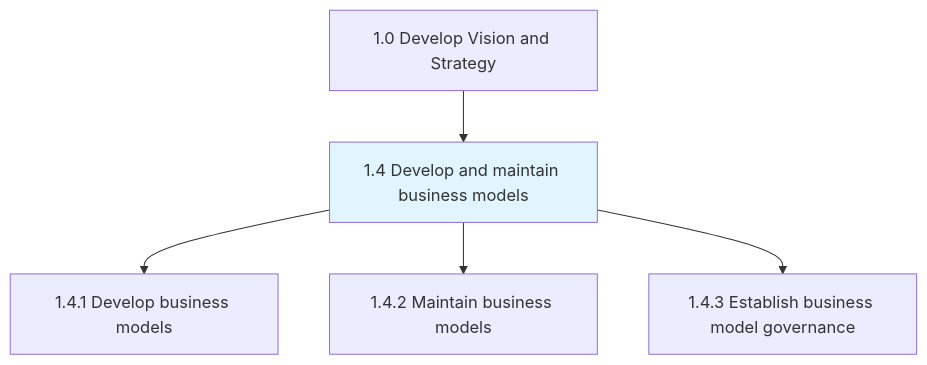
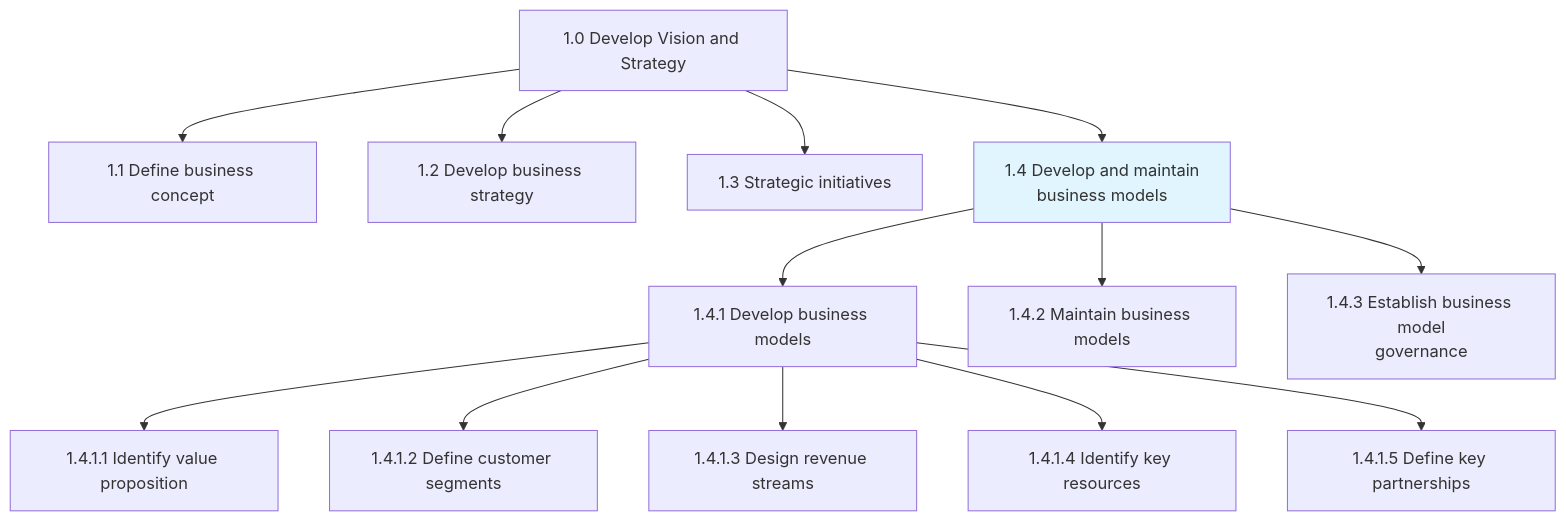
One commit to kziemski/business.org.ai changed the first of 3 diagrams in processes/01-Strategy/1.4-DevelopMaintainBusinessModels/index.mdx. Above: the diagram before and after it, drawn with Mermaid. The commit also changed other lines of this file and 67 other files, not shown here.

````diff
--- a/processes/01-Strategy/1.4-DevelopMaintainBusinessModels/index.mdx
+++ b/processes/01-Strategy/1.4-DevelopMaintainBusinessModels/index.mdx
@@ -25,9 +27,19 @@
 ```mermaid
 graph TD
     C1["1.0 Develop Vision and Strategy"]
-    C1 --> N1_4["1.4 Develop and maintain business models"]
-    style N1_4 fill:#e1f5fe
-    N1_4 --> N1_4_1["1.4.1 Develop business models"]
-    N1_4 --> N1_4_2["1.4.2 Maintain business models"]
-    N1_4 --> N1_4_3["1.4.3 Establish business model governance"]
+    C1 --> G11["1.1 Define business concept"]
+    C1 --> G12["1.2 Develop business strategy"]
+    C1 --> G13["1.3 Strategic initiatives"]
+    C1 --> G14["1.4 Develop and maintain<br/>business models"]
+
+    style G14 fill:#e1f5fe
+    G14 --> P141["1.4.1 Develop business models"]
+    G14 --> P142["1.4.2 Maintain business models"]
+    G14 --> P143["1.4.3 Establish business model<br/>governance"]
+
+    P141 --> A1411["1.4.1.1 Identify value proposition"]
+    P141 --> A1412["1.4.1.2 Define customer segments"]
+    P141 --> A1413["1.4.1.3 Design revenue streams"]
+    P141 --> A1414["1.4.1.4 Identify key resources"]
+    P141 --> A1415["1.4.1.5 Define key partnerships"]
 ```
````
